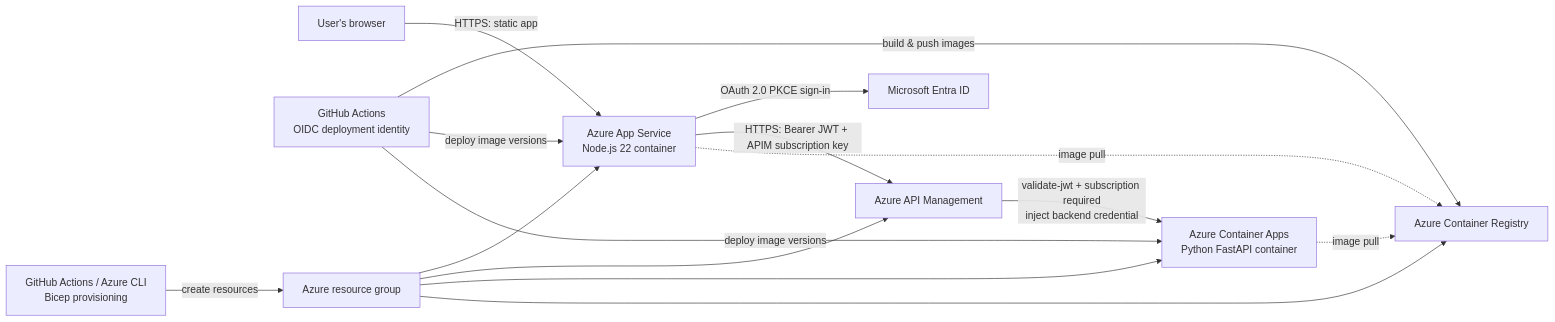
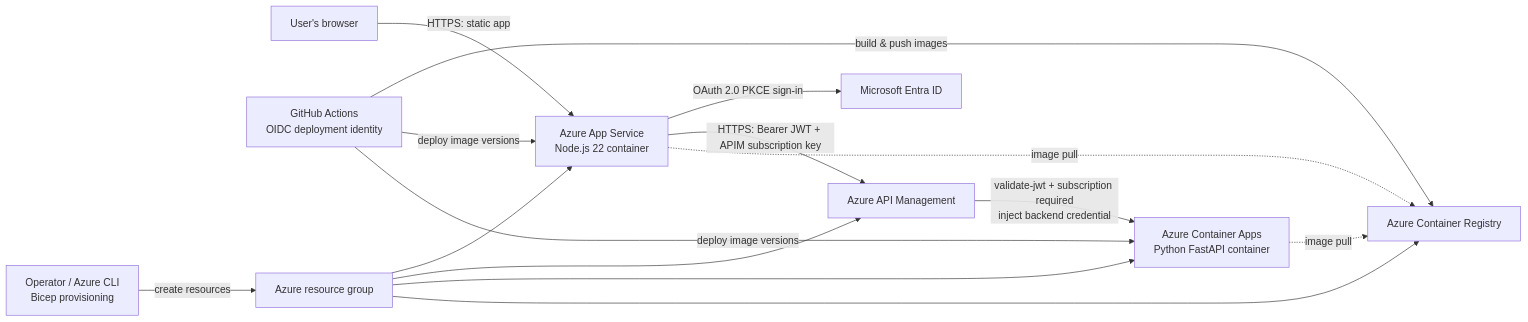
Before and after one commit to clouddevops-singh/CloudBridge: the second of 2 diagrams in README.md, drawn with Mermaid. The commit also changed other lines of this file and 2 other files, not shown here.

Commit message:
Refine provisioning and deployment setup

````diff
--- a/README.md
+++ b/README.md
@@ -41,17 +41,17 @@
 ```mermaid
 flowchart LR
     U[User's browser] -->|HTTPS: static app| FE[Azure App Service<br/>Node.js 22 container]
     FE -->|OAuth 2.0 PKCE sign-in| ID[Microsoft Entra ID]
     FE -->|HTTPS: Bearer JWT + APIM subscription key| GW[Azure API Management]
     GW -->|validate-jwt + subscription required<br/>inject backend credential| API[Azure Container Apps<br/>Python FastAPI container]
     FE -. image pull .-> ACR[Azure Container Registry]
     API -. image pull .-> ACR
     GH[GitHub Actions<br/>OIDC deployment identity] -->|build & push images| ACR
     GH -->|deploy image versions| FE
     GH -->|deploy image versions| API
-    INFRA[GitHub Actions / Azure CLI<br/>Bicep provisioning] -->|create resources| AZ[Azure resource group]
+    INFRA[Operator / Azure CLI<br/>Bicep provisioning] -->|create resources| AZ[Azure resource group]
     AZ --> FE
     AZ --> GW
     AZ --> API
     AZ --> ACR
 ```
````
